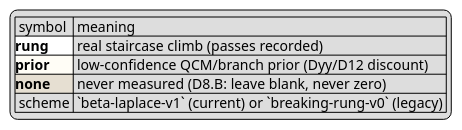
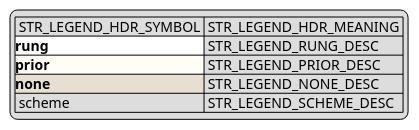
One commit to Syphys/maestria changed the diagram in docs/en/_includes/legend.iuml. Above: the diagram before and after it, drawn with PlantUML. The commit also changed 159 other files, not shown here.

```diff
--- a/docs/en/_includes/legend.iuml
+++ b/docs/en/_includes/legend.iuml
@@ -1,10 +1,10 @@
 ' Shared legend block — embedded at the bottom of diagrams that
 ' display routing/characterization vocabulary (rung / prior / scheme).
 
 legend right
-  | symbol | meaning |
-  | <#FFFFFF>**rung** | real staircase climb (passes recorded) |
-  | <#FFFDF6>**prior** | low-confidence QCM/branch prior (Dyy/D12 discount) |
-  | <#E6DFD2>**none** | never measured (D8.B: leave blank, never zero) |
-  | scheme | `beta-laplace-v1` (current) or `breaking-rung-v0` (legacy) |
+  | STR_LEGEND_HDR_SYMBOL | STR_LEGEND_HDR_MEANING |
+  | <#FFFFFF>**rung** | STR_LEGEND_RUNG_DESC |
+  | <#FFFDF6>**prior** | STR_LEGEND_PRIOR_DESC |
+  | <#E6DFD2>**none** | STR_LEGEND_NONE_DESC |
+  | scheme | STR_LEGEND_SCHEME_DESC |
 endlegend
```
